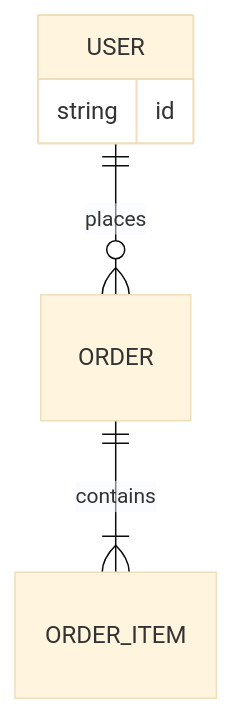
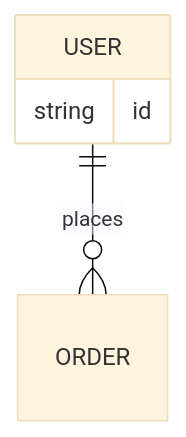
One commit to hiroki-imai/mmtutor changed the first of 2 diagrams in lessons/er.md. Above: the diagram before and after it, drawn with Mermaid (base theme). The commit also changed other lines of this file and 11 other files, not shown here.

````diff
--- a/lessons/er.md
+++ b/lessons/er.md
@@ -10,8 +6,7 @@
 ```mermaid
 erDiagram
   USER ||--o{ ORDER : places
-  ORDER ||--|{ ORDER_ITEM : contains
   USER {
     string id
   }
 ```
````
